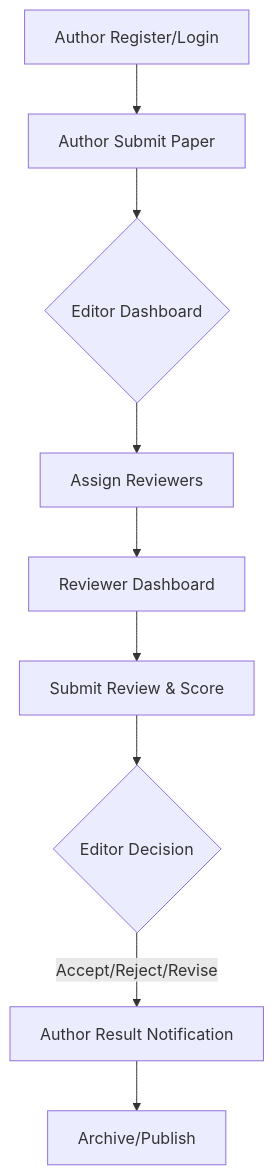
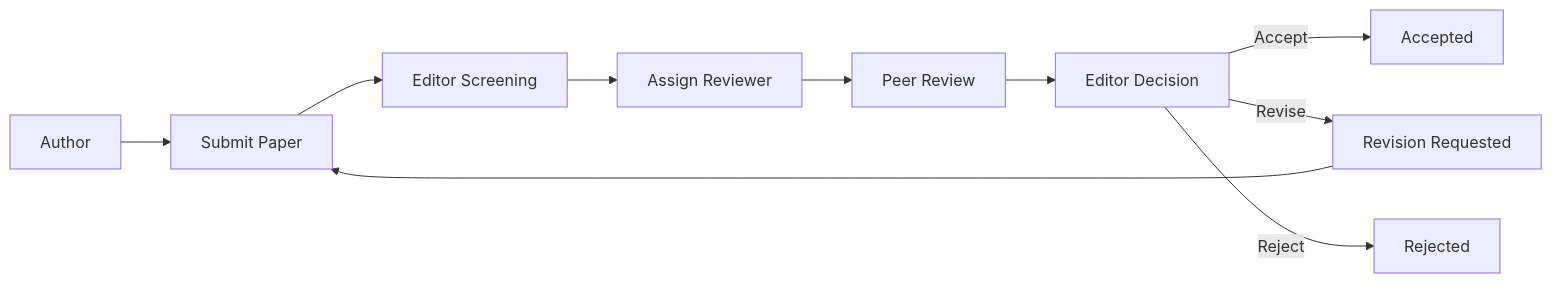
One commit to KVL3159H/RESEARCH-PAPER-SUBMISSION---REVIEW-SYSTEM changed the diagram in README.md. Above: the diagram before and after it, drawn with Mermaid. The commit also changed other lines of this file, not shown here.

Commit message:
docs: expand project architecture and setup guide

````diff
--- a/README.md
+++ b/README.md
@@ -28,11 +46,12 @@
 ```mermaid
-graph TD
-    A[Author Register/Login] --> B[Author Submit Paper]
-    B --> C{Editor Dashboard}
-    C --> D[Assign Reviewers]
-    D --> E[Reviewer Dashboard]
-    E --> F[Submit Review & Score]
-    F --> G{Editor Decision}
-    G -- "Accept/Reject/Revise" --> H[Author Result Notification]
-    H --> I[Archive/Publish]
+flowchart LR
+    A[Author] --> B[Submit Paper]
+    B --> C[Editor Screening]
+    C --> D[Assign Reviewer]
+    D --> E[Peer Review]
+    E --> F[Editor Decision]
+    F -->|Accept| G[Accepted]
+    F -->|Revise| H[Revision Requested]
+    F -->|Reject| I[Rejected]
+    H --> B
 ```
````
